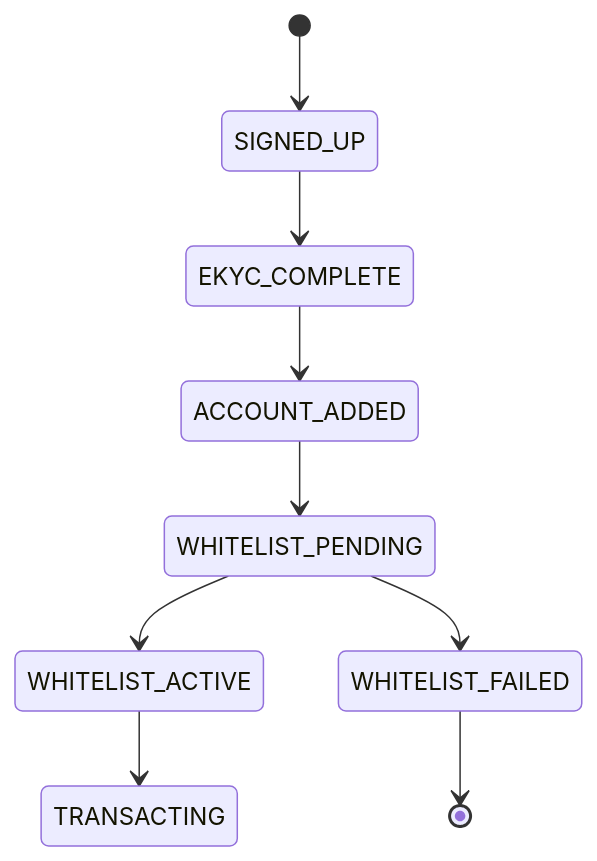
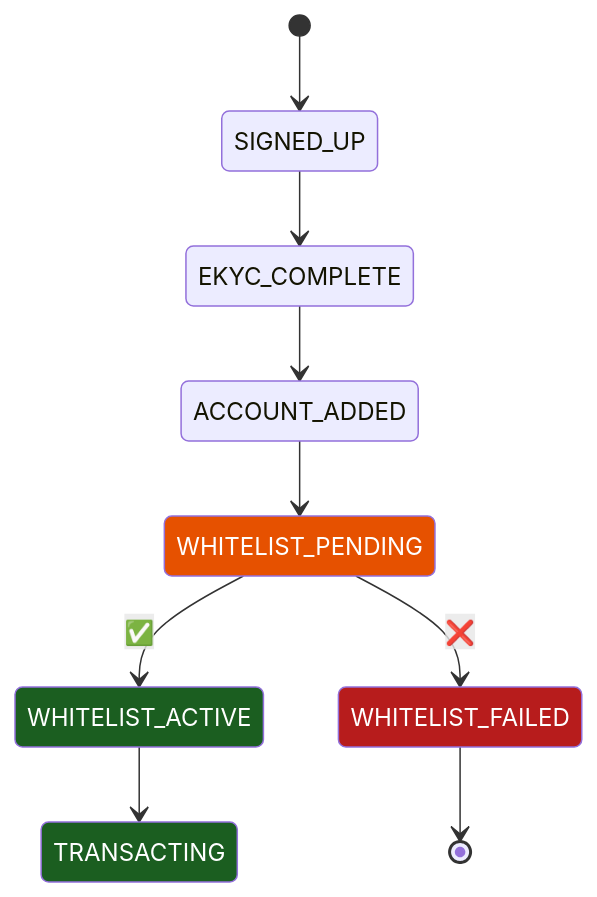
Before and after one commit to ghanendra-sdet/fintech-connected-banking-platform: the second of 9 diagrams in docs/architecture-and-flow.md, drawn with Mermaid. The commit also changed other lines of this file, not shown here.

Commit message:
docs: enhance architecture diagrams and generalize cross-repo testing insight

````diff
--- a/docs/architecture-and-flow.md
+++ b/docs/architecture-and-flow.md
@@ -26,11 +27,18 @@
 ```mermaid
 stateDiagram-v2
     [*] --> SIGNED_UP
     SIGNED_UP --> EKYC_COMPLETE
     EKYC_COMPLETE --> ACCOUNT_ADDED
     ACCOUNT_ADDED --> WHITELIST_PENDING
-    WHITELIST_PENDING --> WHITELIST_ACTIVE
-    WHITELIST_PENDING --> WHITELIST_FAILED
+    WHITELIST_PENDING --> WHITELIST_ACTIVE: ✅
+    WHITELIST_PENDING --> WHITELIST_FAILED: ❌
     WHITELIST_ACTIVE --> TRANSACTING
     WHITELIST_FAILED --> [*]
+
+    classDef pending fill:#e65100,color:#fff
+    classDef good fill:#1b5e20,color:#fff
+    classDef bad fill:#b71c1c,color:#fff
+    class WHITELIST_PENDING pending
+    class WHITELIST_ACTIVE,TRANSACTING good
+    class WHITELIST_FAILED bad
 ```
````
